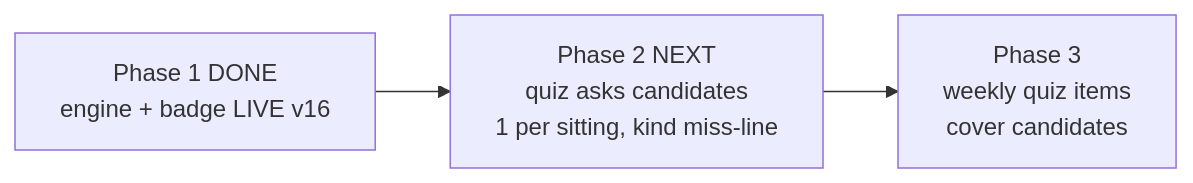
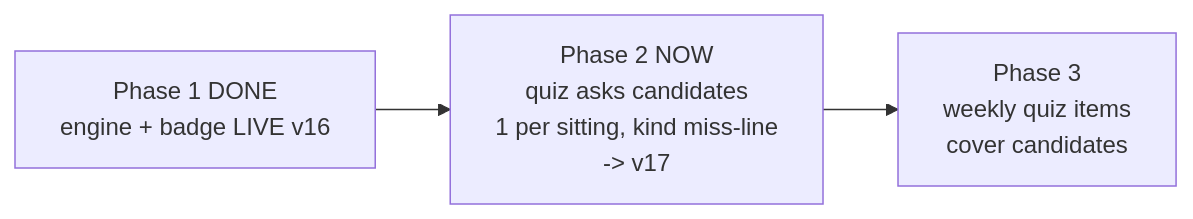
The diagram in .oplan/word-g1/STATUS.md (dkreinov/magic-clinic-english), drawn with Mermaid before and after one commit. The commit also changed other lines of this file and 4 other files, not shown here.

````diff
--- a/.oplan/word-g1/STATUS.md
+++ b/.oplan/word-g1/STATUS.md
@@ -15,5 +14,5 @@
 ```mermaid
 flowchart LR
-    A[Phase 1 DONE<br/>engine + badge LIVE v16] --> B[Phase 2 NEXT<br/>quiz asks candidates<br/>1 per sitting, kind miss-line]
+    A[Phase 1 DONE<br/>engine + badge LIVE v16] --> B[Phase 2 NOW<br/>quiz asks candidates<br/>1 per sitting, kind miss-line<br/>-> v17]
     B --> C[Phase 3<br/>weekly quiz items<br/>cover candidates]
 ```
````
